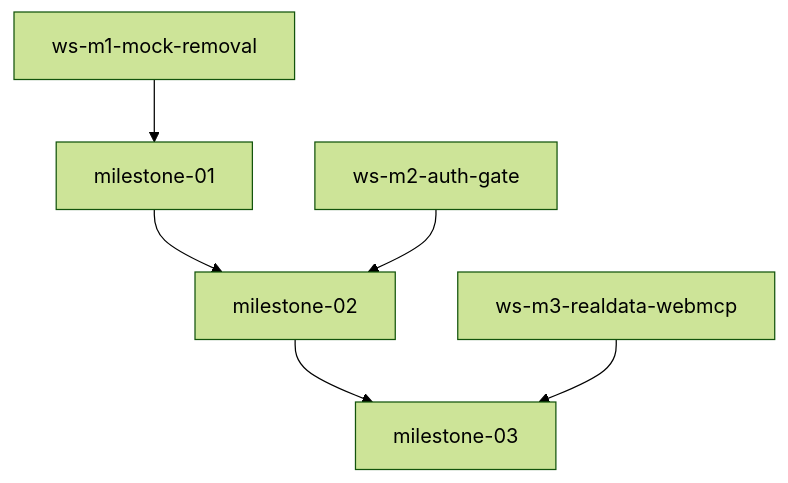
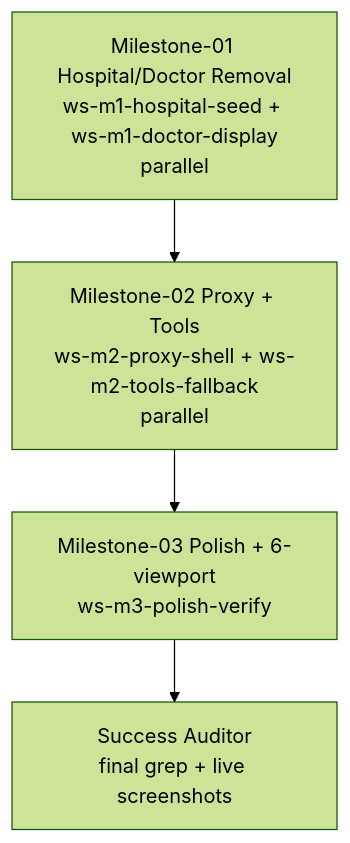
One commit to sujalmh/HealthBook changed the diagram in .teamwork/plan.md. Above: the diagram before and after it, drawn with Mermaid (forest theme). The commit also changed other lines of this file and 272 other files, not shown here.

Commit message:
feat(cleanup): thorough hard-coded hospital/doctor/proxy removal — ST JUDE→Medical Document, Patel→Your doctor/Your care team, Raj/Aarav→Family member/Child, 6-viewport verified

````diff
--- a/.teamwork/plan.md
+++ b/.teamwork/plan.md
@@ -44,8 +48,6 @@
 ```mermaid
 graph TD
-  milestone-01 --> milestone-02
-  milestone-02 --> milestone-03
-  ws-m1-mock-removal --> milestone-01
-  ws-m2-auth-gate --> milestone-02
-  ws-m3-realdata-webmcp --> milestone-03
+  M1[Milestone-01 Hospital/Doctor Removal<br/>ws-m1-hospital-seed + ws-m1-doctor-display<br/>parallel] --> M2[Milestone-02 Proxy + Tools<br/>ws-m2-proxy-shell + ws-m2-tools-fallback<br/>parallel]
+  M2 --> M3[Milestone-03 Polish + 6-viewport<br/>ws-m3-polish-verify]
+  M3 --> SA[Success Auditor<br/>final grep + live screenshots]
 ```
````
